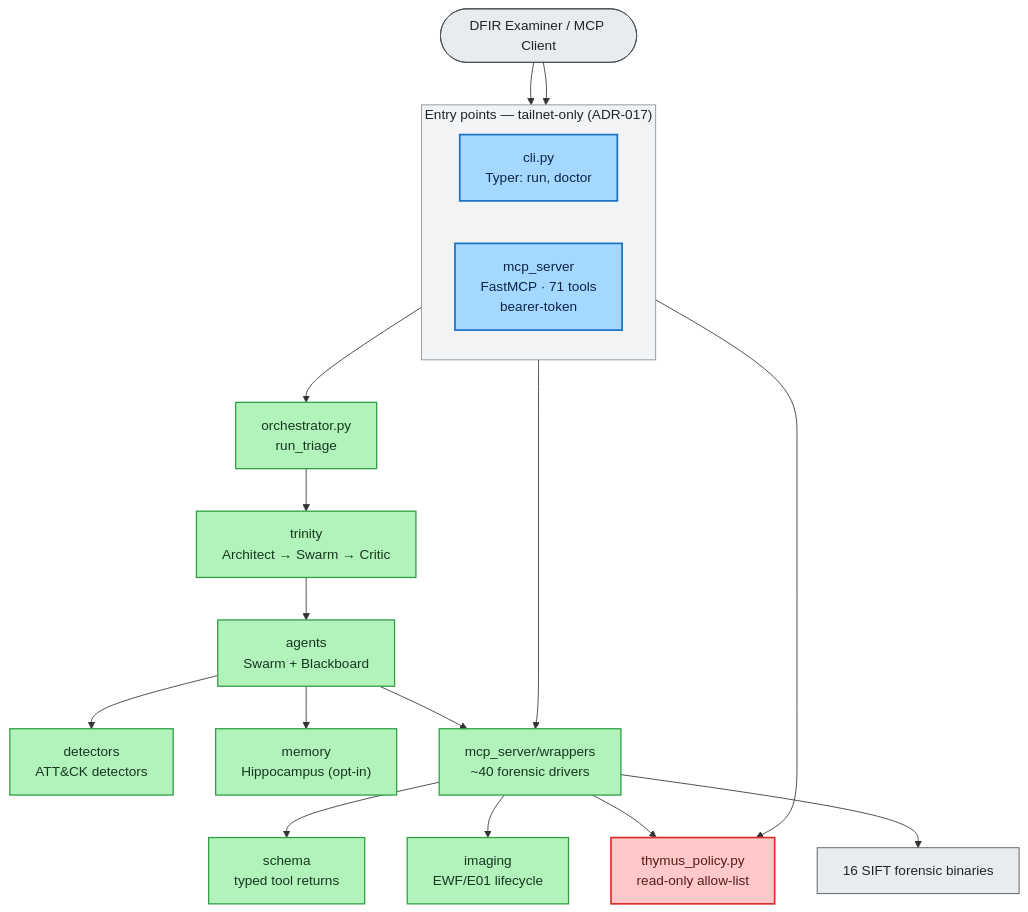
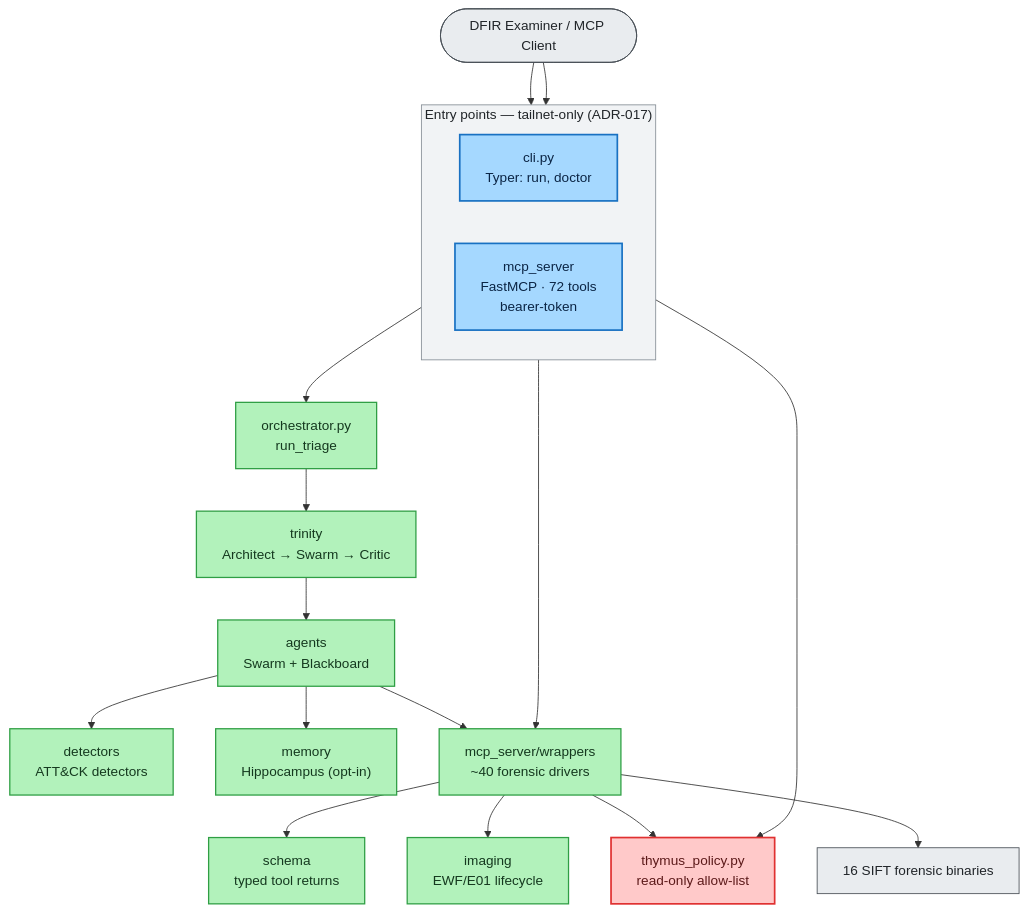
The first of 3 diagrams in docs/02-architecture/component-architecture.md (galvangabriel-web/agentropix-mcp), drawn with Mermaid before and after one commit. The commit also changed other lines of this file and 64 other files, not shown here.

````diff
--- a/docs/02-architecture/component-architecture.md
+++ b/docs/02-architecture/component-architecture.md
@@ -64,38 +64,38 @@
 ```mermaid
 flowchart TB
     classDef ext fill:#e9ecef,stroke:#495057,color:#212529,stroke-width:1px
     classDef api fill:#a5d8ff,stroke:#1971c2,color:#0b2545,stroke-width:2px
     classDef core fill:#b2f2bb,stroke:#2f9e44,color:#15391f,stroke-width:1.5px
     classDef gov fill:#ffc9c9,stroke:#e03131,color:#5c1a1a,stroke-width:2px
 
     Analyst([DFIR Examiner / MCP Client]):::ext
     subgraph Entry["Entry points — tailnet-only (ADR-017)"]
         direction LR
         CLI["cli.py<br/>Typer: run, doctor"]:::api
-        MCP["mcp_server<br/>FastMCP · 71 tools<br/>bearer-token"]:::api
+        MCP["mcp_server<br/>FastMCP · 72 tools<br/>bearer-token"]:::api
     end
     Orch["orchestrator.py<br/>run_triage"]:::core
     Trinity["trinity<br/>Architect → Swarm → Critic"]:::core
     Agents["agents<br/>Swarm + Blackboard"]:::core
     Detect["detectors<br/>ATT&CK detectors"]:::core
     Memory["memory<br/>Hippocampus (opt-in)"]:::core
     Wrap["mcp_server/wrappers<br/>~40 forensic drivers"]:::core
     Schema["schema<br/>typed tool returns"]:::core
     Imaging["imaging<br/>EWF/E01 lifecycle"]:::core
     Thymus["thymus_policy.py<br/>read-only allow-list"]:::gov
     SIFT["16 SIFT forensic binaries"]:::ext
 
     Analyst --> CLI --> Orch
     Analyst --> MCP
     Orch --> Trinity --> Agents
     Agents --> Detect
     Agents --> Memory
     Agents --> Wrap
     MCP --> Wrap
     Wrap --> Schema
     Wrap --> Imaging
     Wrap --> Thymus
     MCP --> Thymus
     Wrap --> SIFT
     style Entry fill:#f1f3f5,stroke:#868e96,color:#212529
 ```
````
